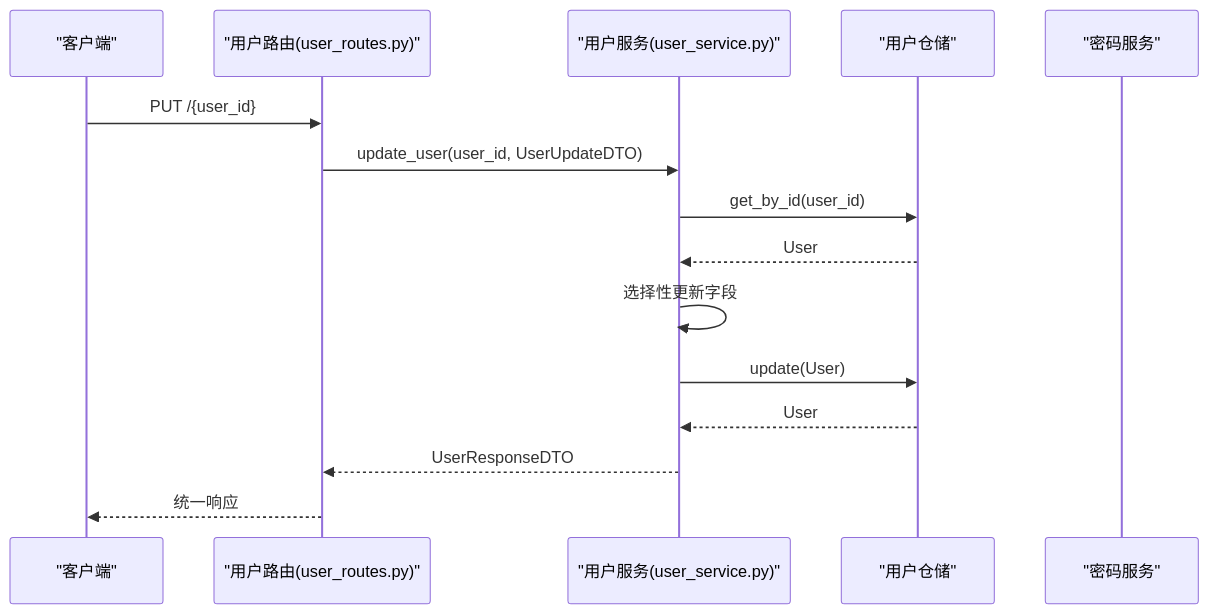
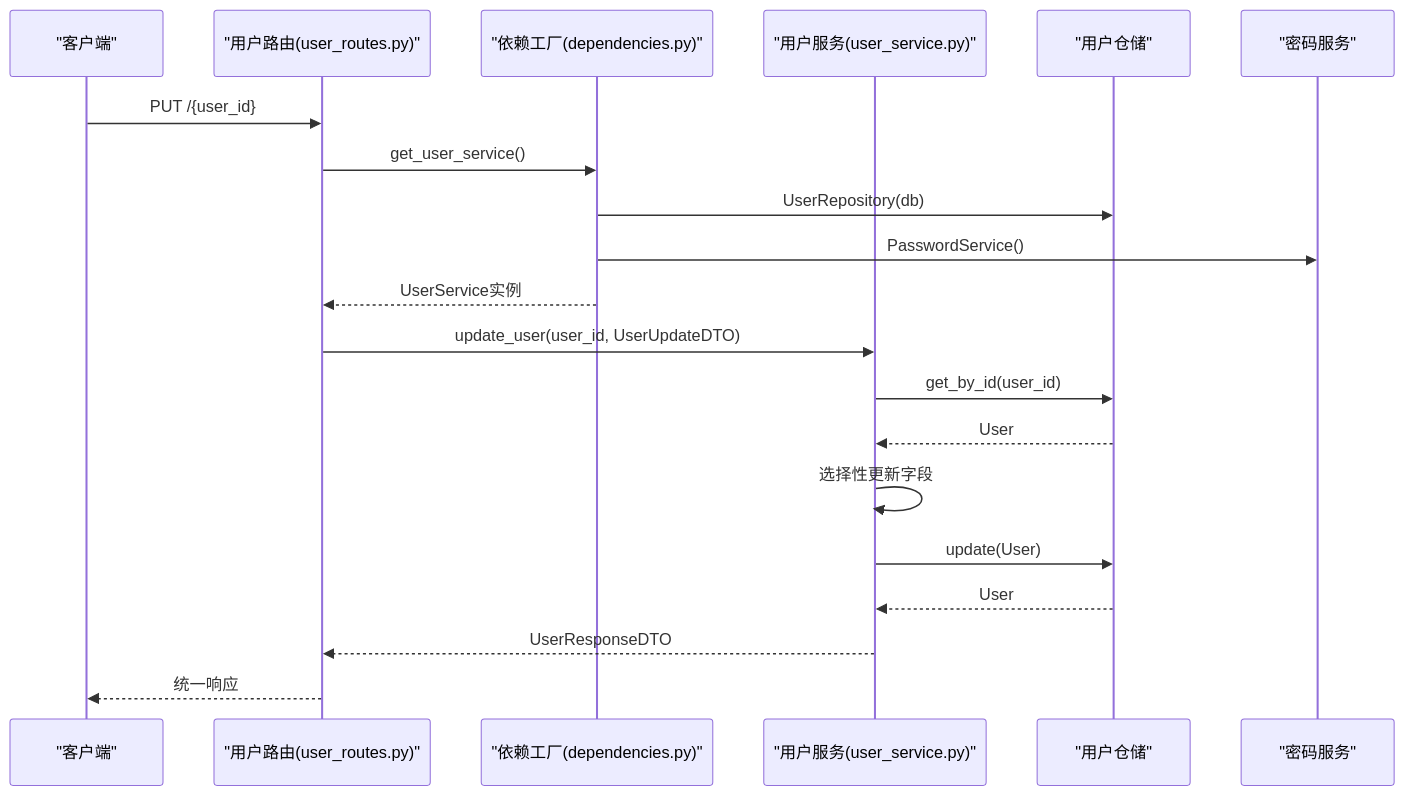
One commit to taoweidong/Hello-FastApi changed the fourth of 7 diagrams in .qoder/repowiki/zh/content/后端架构设计/DDD 分层架构详解/应用层（Services）.md. Above: the diagram before and after it, drawn with Mermaid. The commit also changed other lines of this file and 18 other files, not shown here.

````diff
--- a/.qoder/repowiki/zh/content/后端架构设计/DDD 分层架构详解/应用层（Services）.md
+++ b/.qoder/repowiki/zh/content/后端架构设计/DDD 分层架构详解/应用层（Services）.md
@@ -271,17 +296,22 @@
 ```mermaid
 sequenceDiagram
 participant Client as "客户端"
 participant Router as "用户路由(user_routes.py)"
+participant Factory as "依赖工厂(dependencies.py)"
 participant Service as "用户服务(user_service.py)"
 participant Repo as "用户仓储"
 participant Pass as "密码服务"
 Client->>Router : PUT /{user_id}
+Router->>Factory : get_user_service()
+Factory->>Repo : UserRepository(db)
+Factory->>Pass : PasswordService()
+Factory-->>Router : UserService实例
 Router->>Service : update_user(user_id, UserUpdateDTO)
 Service->>Repo : get_by_id(user_id)
 Repo-->>Service : User
 Service->>Service : 选择性更新字段
 Service->>Repo : update(User)
 Repo-->>Service : User
 Service-->>Router : UserResponseDTO
 Router-->>Client : 统一响应
 ```
````
